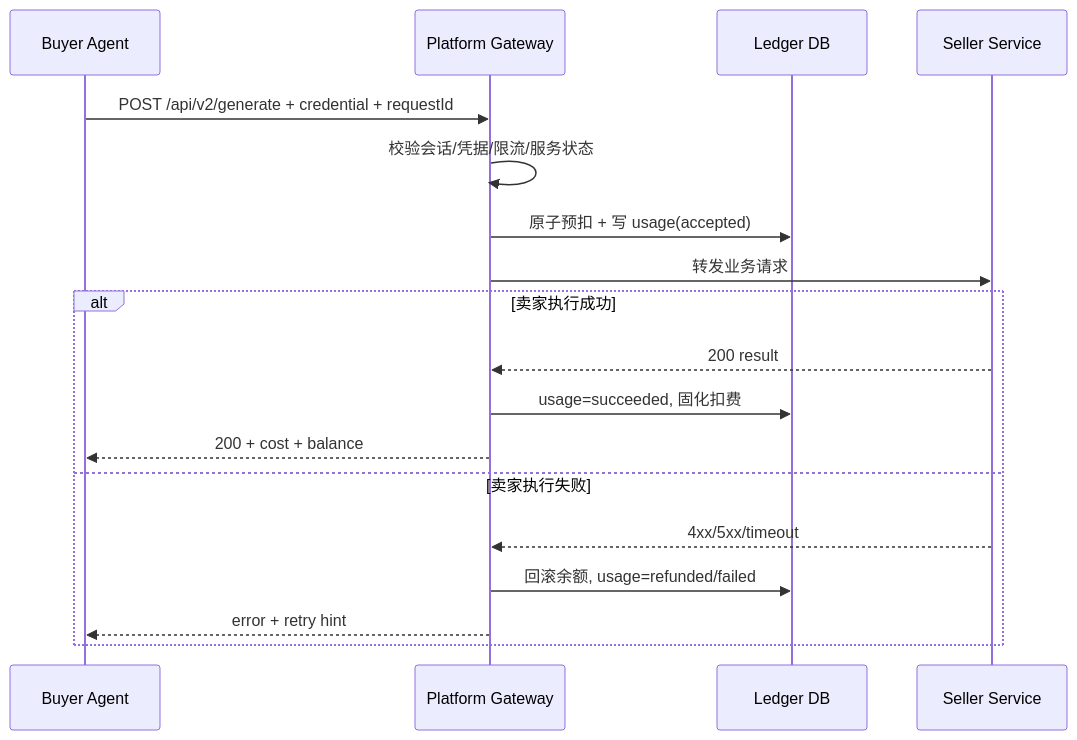
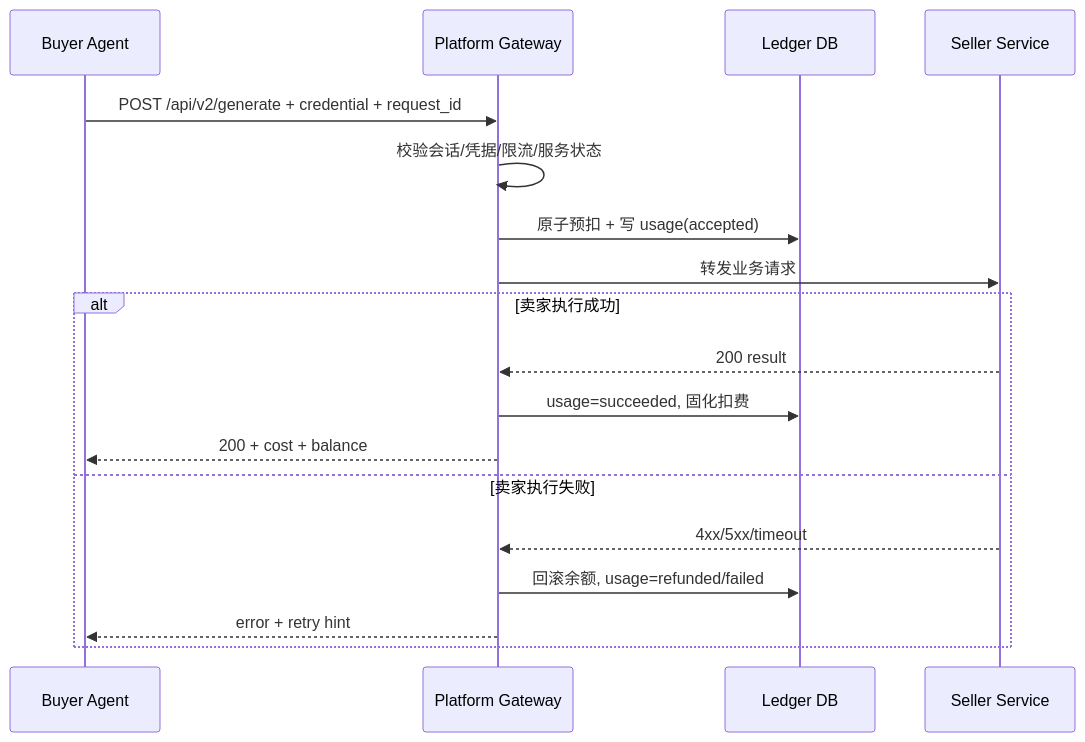
Before and after one commit to SynapseNetworkAI/Synapse-Network: the second of 2 diagrams in doc/feature_designs/Deduction-Detailed-Design.md, drawn with Mermaid. The commit also changed other lines of this file and 2 other files, not shown here.

Commit message:
docs: normalize core terminology across payment flow specs

````diff
--- a/doc/feature_designs/Deduction-Detailed-Design.md
+++ b/doc/feature_designs/Deduction-Detailed-Design.md
@@ -107,21 +117,21 @@
 ```mermaid
 sequenceDiagram
     participant B as Buyer Agent
     participant G as Platform Gateway
     participant L as Ledger DB
     participant S as Seller Service
 
-    B->>G: POST /api/v2/generate + credential + requestId
+    B->>G: POST /api/v2/generate + credential + request_id
     G->>G: 校验会话/凭据/限流/服务状态
     G->>L: 原子预扣 + 写 usage(accepted)
     G->>S: 转发业务请求
     alt 卖家执行成功
       S-->>G: 200 result
       G->>L: usage=succeeded, 固化扣费
       G-->>B: 200 + cost + balance
     else 卖家执行失败
       S-->>G: 4xx/5xx/timeout
       G->>L: 回滚余额, usage=refunded/failed
       G-->>B: error + retry hint
     end
 ```
````
